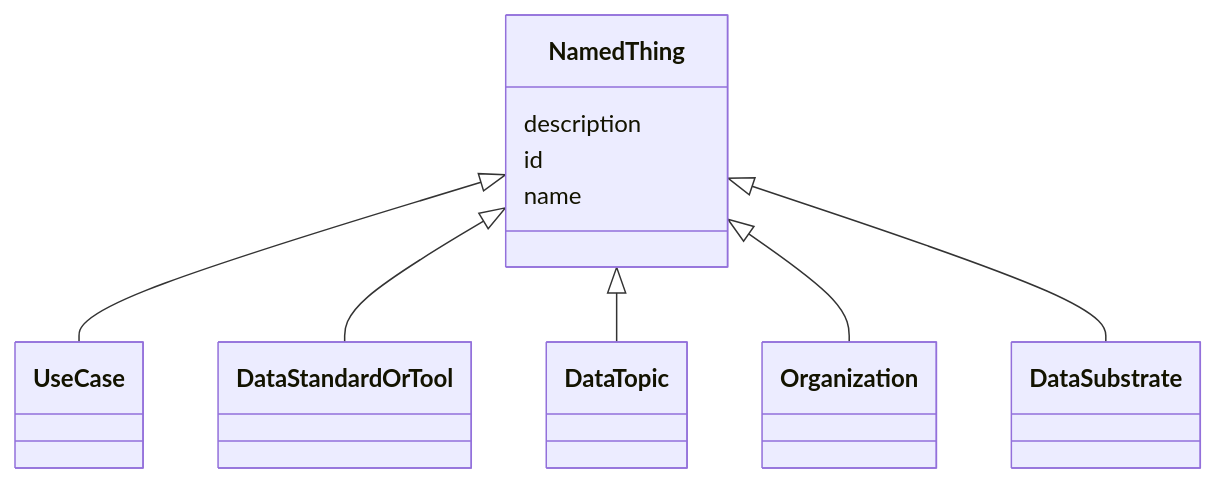
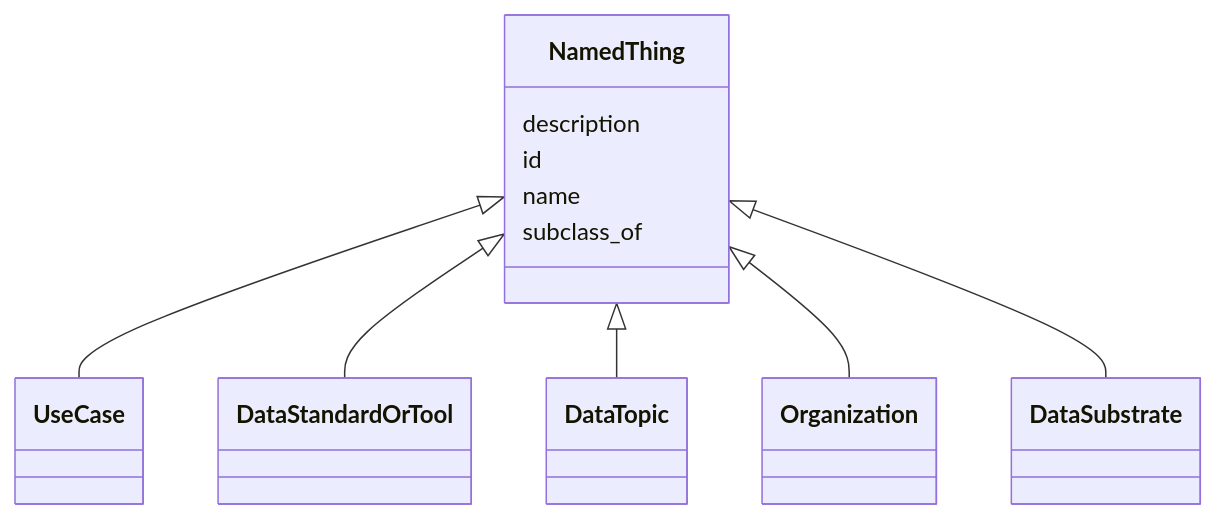
The diagram in docs/NamedThing.md (bridge2ai/standards-schemas), drawn with Mermaid before and after one commit. The commit also changed other lines of this file and 57 other files, not shown here.

````diff
--- a/docs/NamedThing.md
+++ b/docs/NamedThing.md
@@ -10,14 +11,15 @@
 ```mermaid
  classDiagram
     class NamedThing
       NamedThing <|-- UseCase
       NamedThing <|-- DataStandardOrTool
       NamedThing <|-- DataTopic
       NamedThing <|-- Organization
       NamedThing <|-- DataSubstrate
       
       NamedThing : description
       NamedThing : id
       NamedThing : name
+      NamedThing : subclass_of
       
 ```
````
